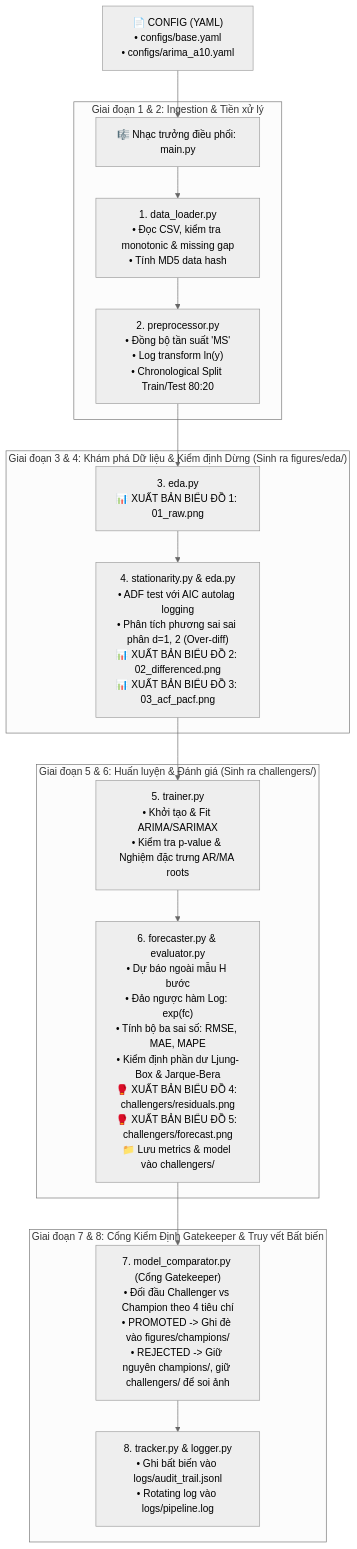
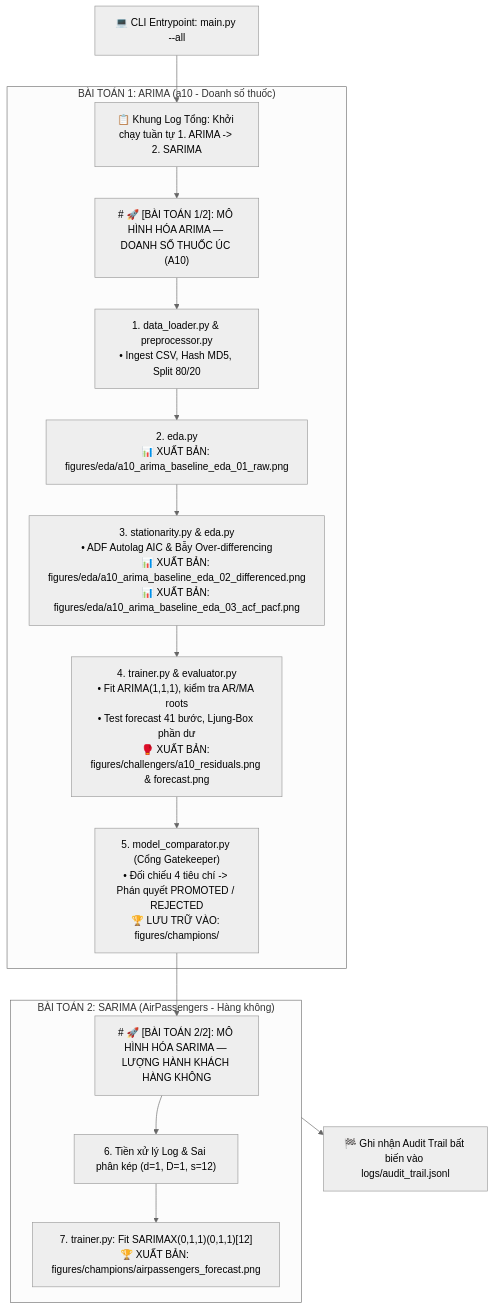
Before and after one commit to ThanhLong3125/TimeSeries: the diagram in lab2/reports/KICH_BAN_THUYET_TRINH_TOAN_DIEN_LAB2.md, drawn with Mermaid (neutral theme). The commit also changed other lines of this file, not shown here.

Commit message:
docs(presentation): add detailed line-by-line pipeline log interpretation for all phases

````diff
--- a/lab2/reports/KICH_BAN_THUYET_TRINH_TOAN_DIEN_LAB2.md
+++ b/lab2/reports/KICH_BAN_THUYET_TRINH_TOAN_DIEN_LAB2.md
@@ -29,24 +34,21 @@
 ```mermaid
 flowchart TD
-    Config["📄 CONFIG (YAML)<br>• configs/base.yaml<br>• configs/arima_a10.yaml"] --> Main["🎼 Nhạc trưởng điều phối: main.py"]
+    CLI["💻 CLI Entrypoint: main.py --all"] --> Banner["📋 Khung Log Tổng: Khởi chạy tuần tự 1. ARIMA -> 2. SARIMA"]
     
-    subgraph S1["Giai đoạn 1 & 2: Ingestion & Tiền xử lý"]
-        Main --> Step1["1. data_loader.py<br>• Đọc CSV, kiểm tra monotonic & missing gap<br>• Tính MD5 data hash"]
-        Step1 --> Step2["2. preprocessor.py<br>• Đồng bộ tần suất 'MS'<br>• Log transform ln(y)<br>• Chronological Split Train/Test 80:20"]
+    subgraph Part1["BÀI TOÁN 1: ARIMA (a10 - Doanh số thuốc)"]
+        Banner --> B1["# 🚀 [BÀI TOÁN 1/2]: MÔ HÌNH HÓA ARIMA — DOANH SỐ THUỐC ÚC (A10)"]
+        B1 --> S1["1. data_loader.py & preprocessor.py<br>• Ingest CSV, Hash MD5, Split 80/20"]
+        S1 --> S2["2. eda.py<br>📊 XUẤT BẢN: figures/eda/a10_arima_baseline_eda_01_raw.png"]
+        S2 --> S3["3. stationarity.py & eda.py<br>• ADF Autolag AIC & Bẫy Over-differencing<br>📊 XUẤT BẢN: figures/eda/a10_arima_baseline_eda_02_differenced.png<br>📊 XUẤT BẢN: figures/eda/a10_arima_baseline_eda_03_acf_pacf.png"]
+        S3 --> S4["4. trainer.py & evaluator.py<br>• Fit ARIMA(1,1,1), kiểm tra AR/MA roots<br>• Test forecast 41 bước, Ljung-Box phần dư<br>🥊 XUẤT BẢN: figures/challengers/a10_residuals.png & forecast.png"]
+        S4 --> S5["5. model_comparator.py (Cổng Gatekeeper)<br>• Đối chiếu 4 tiêu chí -> Phán quyết PROMOTED / REJECTED<br>🏆 LƯU TRỮ VÀO: figures/champions/"]
     end
 
-    subgraph S2["Giai đoạn 3 & 4: Khám phá Dữ liệu & Kiểm định Dừng (Sinh ra figures/eda/)"]
-        Step2 --> Step3["3. eda.py<br>📊 XUẤT BẢN BIỂU ĐỒ 1: 01_raw.png"]
-        Step3 --> Step4["4. stationarity.py & eda.py<br>• ADF test với AIC autolag logging<br>• Phân tích phương sai sai phân d=1, 2 (Over-diff)<br>📊 XUẤT BẢN BIỂU ĐỒ 2: 02_differenced.png<br>📊 XUẤT BẢN BIỂU ĐỒ 3: 03_acf_pacf.png"]
+    subgraph Part2["BÀI TOÁN 2: SARIMA (AirPassengers - Hàng không)"]
+        S5 --> B2["# 🚀 [BÀI TOÁN 2/2]: MÔ HÌNH HÓA SARIMA — LƯỢNG HÀNH KHÁCH HÀNG KHÔNG"]
+        B2 --> S6["6. Tiền xử lý Log & Sai phân kép (d=1, D=1, s=12)"]
+        S6 --> S7["7. trainer.py: Fit SARIMAX(0,1,1)(0,1,1)[12]<br>🏆 XUẤT BẢN: figures/champions/airpassengers_forecast.png"]
     end
 
-    subgraph S3["Giai đoạn 5 & 6: Huấn luyện & Đánh giá (Sinh ra challengers/)"]
-        Step4 --> Step5["5. trainer.py<br>• Khởi tạo & Fit ARIMA/SARIMAX<br>• Kiểm tra p-value & Nghiệm đặc trưng AR/MA roots"]
-        Step5 --> Step6["6. forecaster.py & evaluator.py<br>• Dự báo ngoài mẫu H bước<br>• Đảo ngược hàm Log: exp(fc)<br>• Tính bộ ba sai số: RMSE, MAE, MAPE<br>• Kiểm định phần dư Ljung-Box & Jarque-Bera<br>🥊 XUẤT BẢN BIỂU ĐỒ 4: challengers/residuals.png<br>🥊 XUẤT BẢN BIỂU ĐỒ 5: challengers/forecast.png<br>📁 Lưu metrics & model vào challengers/"]
-    end
-
-    subgraph S4["Giai đoạn 7 & 8: Cổng Kiểm Định Gatekeeper & Truy vết Bất biến"]
-        Step6 --> Step7["7. model_comparator.py (Cổng Gatekeeper)<br>• Đối đầu Challenger vs Champion theo 4 tiêu chí<br>• PROMOTED -> Ghi đè vào figures/champions/<br>• REJECTED -> Giữ nguyên champions/, giữ challengers/ để soi ảnh"]
-        Step7 --> Step8["8. tracker.py & logger.py<br>• Ghi bất biến vào logs/audit_trail.jsonl<br>• Rotating log vào logs/pipeline.log"]
-    end
+    Part2 --> Final["🏁 Ghi nhận Audit Trail bất biến vào logs/audit_trail.jsonl"]
 ```
````
